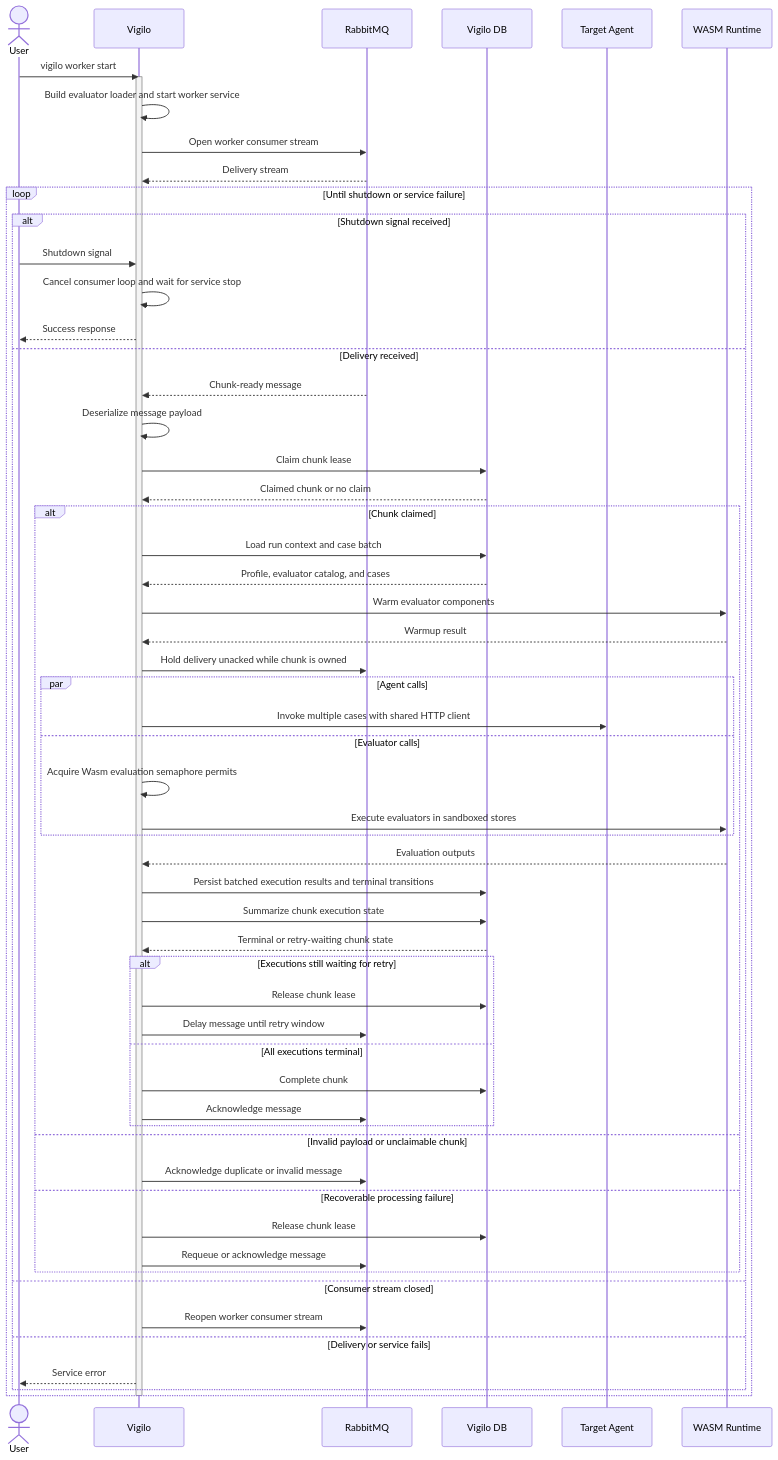
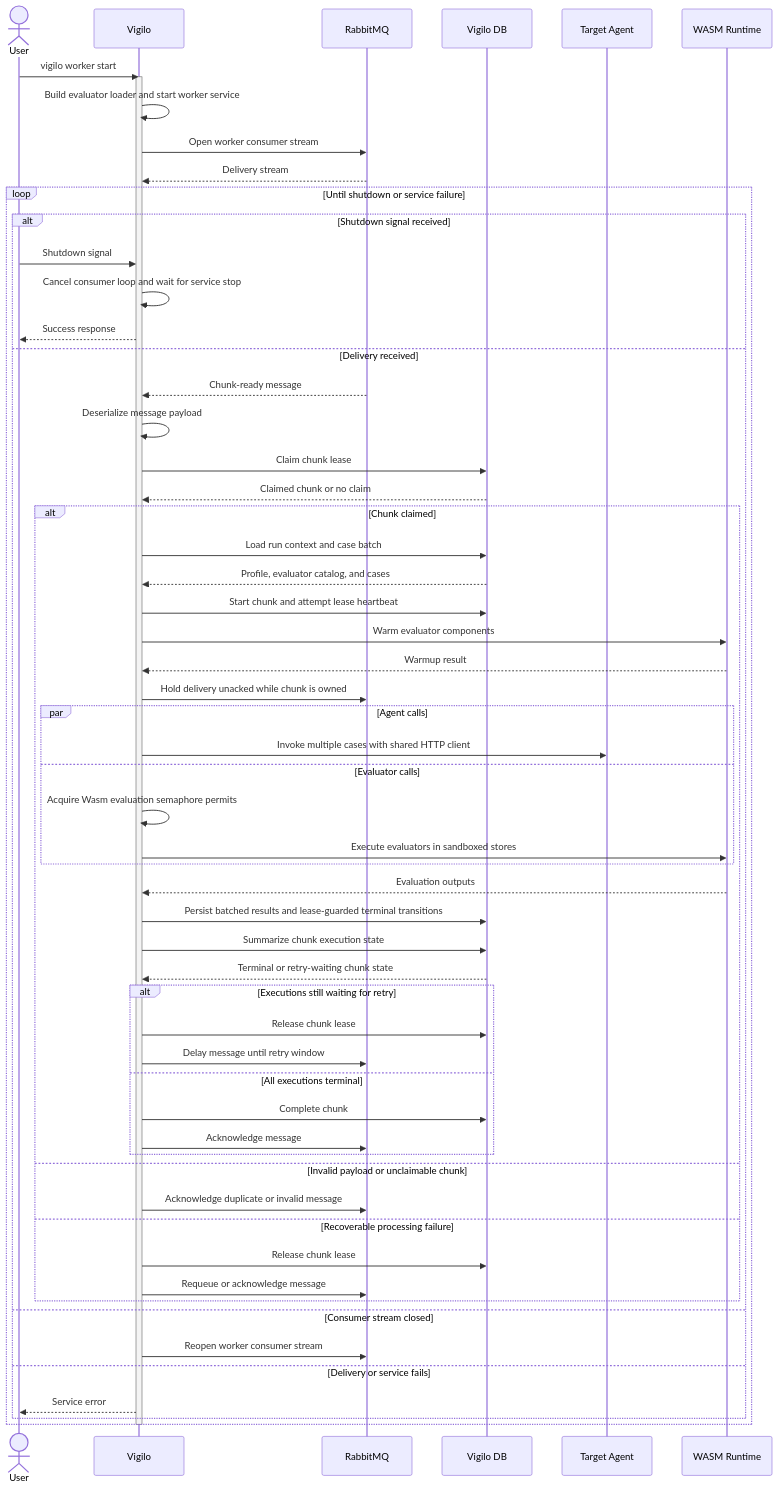
One commit to gregl83/agent-vigilo changed the diagram in web/docs/architecture/flows/worker/start/execution-flow.mmd. Above: the diagram before and after it, drawn with Mermaid. The commit also changed 21 other files, not shown here.

```diff
--- a/web/docs/architecture/flows/worker/start/execution-flow.mmd
+++ b/web/docs/architecture/flows/worker/start/execution-flow.mmd
@@ -1,69 +1,70 @@
 ---
 config:
   flowchart:
     nodeSpacing: 150
     rankSpacing: 80
   themeVariables:
     edgeLabelBackground: 'transparent'
 ---
 sequenceDiagram
     actor User
     participant Vigilo
     participant Queue as RabbitMQ
     participant DB as Vigilo DB
     participant Agent as Target Agent
     participant WASM as WASM Runtime
 
     User->>Vigilo: vigilo worker start
     activate Vigilo
     Vigilo->>Vigilo: Build evaluator loader and start worker service
     Vigilo->>Queue: Open worker consumer stream
     Queue-->>Vigilo: Delivery stream
 
     loop Until shutdown or service failure
         alt Shutdown signal received
             User->>Vigilo: Shutdown signal
             Vigilo->>Vigilo: Cancel consumer loop and wait for service stop
             Vigilo-->>User: Success response
         else Delivery received
             Queue-->>Vigilo: Chunk-ready message
             Vigilo->>Vigilo: Deserialize message payload
             Vigilo->>DB: Claim chunk lease
             DB-->>Vigilo: Claimed chunk or no claim
 
             alt Chunk claimed
                 Vigilo->>DB: Load run context and case batch
                 DB-->>Vigilo: Profile, evaluator catalog, and cases
+                Vigilo->>DB: Start chunk and attempt lease heartbeat
                 Vigilo->>WASM: Warm evaluator components
                 WASM-->>Vigilo: Warmup result
                 Vigilo->>Queue: Hold delivery unacked while chunk is owned
                 par Agent calls
                     Vigilo->>Agent: Invoke multiple cases with shared HTTP client
                 and Evaluator calls
                     Vigilo->>Vigilo: Acquire Wasm evaluation semaphore permits
                     Vigilo->>WASM: Execute evaluators in sandboxed stores
                 end
                 WASM-->>Vigilo: Evaluation outputs
-                Vigilo->>DB: Persist batched execution results and terminal transitions
+                Vigilo->>DB: Persist batched results and lease-guarded terminal transitions
                 Vigilo->>DB: Summarize chunk execution state
                 DB-->>Vigilo: Terminal or retry-waiting chunk state
                 alt Executions still waiting for retry
                     Vigilo->>DB: Release chunk lease
                     Vigilo->>Queue: Delay message until retry window
                 else All executions terminal
                     Vigilo->>DB: Complete chunk
                     Vigilo->>Queue: Acknowledge message
                 end
             else Invalid payload or unclaimable chunk
                 Vigilo->>Queue: Acknowledge duplicate or invalid message
             else Recoverable processing failure
                 Vigilo->>DB: Release chunk lease
                 Vigilo->>Queue: Requeue or acknowledge message
             end
         else Consumer stream closed
             Vigilo->>Queue: Reopen worker consumer stream
         else Delivery or service fails
             Vigilo-->>User: Service error
         end
     end
     deactivate Vigilo
```
